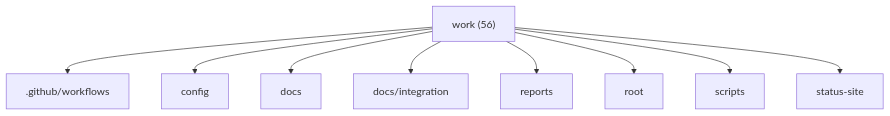
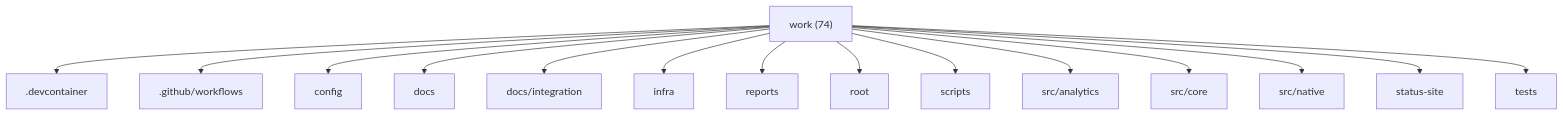
One commit to M0nado/helios-platform changed the first of 3 diagrams in reports/branch-intelligence/graphs.md. Above: the diagram before and after it, drawn with Mermaid. The commit also changed other lines of this file and 61 other files, not shown here.

Commit message:
Add whole-project inventory and hybrid roadmap

````diff
--- a/reports/branch-intelligence/graphs.md
+++ b/reports/branch-intelligence/graphs.md
@@ -5,12 +5,18 @@
 ```mermaid
 graph TD
-  work["work (56)"]
+  work["work (74)"]
+  work --> _devcontainer[".devcontainer"]
   work --> _github_workflows[".github/workflows"]
   work --> config["config"]
   work --> docs["docs"]
   work --> docs_integration["docs/integration"]
+  work --> infra["infra"]
   work --> reports["reports"]
   work --> root["root"]
   work --> scripts["scripts"]
+  work --> src_analytics["src/analytics"]
+  work --> src_core["src/core"]
+  work --> src_native["src/native"]
   work --> status_site["status-site"]
+  work --> tests["tests"]
 ```
````
